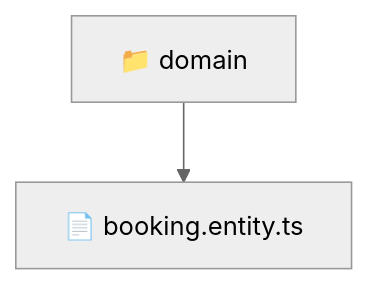
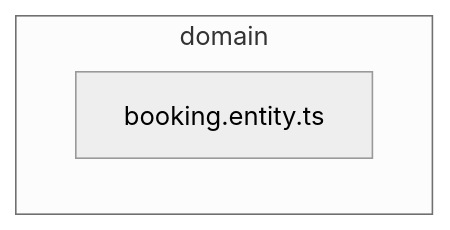
One commit to beginwebdev2002/fullstack-mavluda changed the diagram in backend/src/modules/booking/domain/README.md. Above: the diagram before and after it, drawn with Mermaid (neutral theme). The commit also changed other lines of this file and 163 other files, not shown here.

````diff
--- a/backend/src/modules/booking/domain/README.md
+++ b/backend/src/modules/booking/domain/README.md
@@ -9,5 +15,6 @@
 ```mermaid
 graph TD
-  Root["📁 domain"]
-  Root --> booking_entity_ts["📄 booking.entity.ts"]
+  subgraph domain
+    booking_entity_ts["booking.entity.ts"]
+  end
 ```
````
